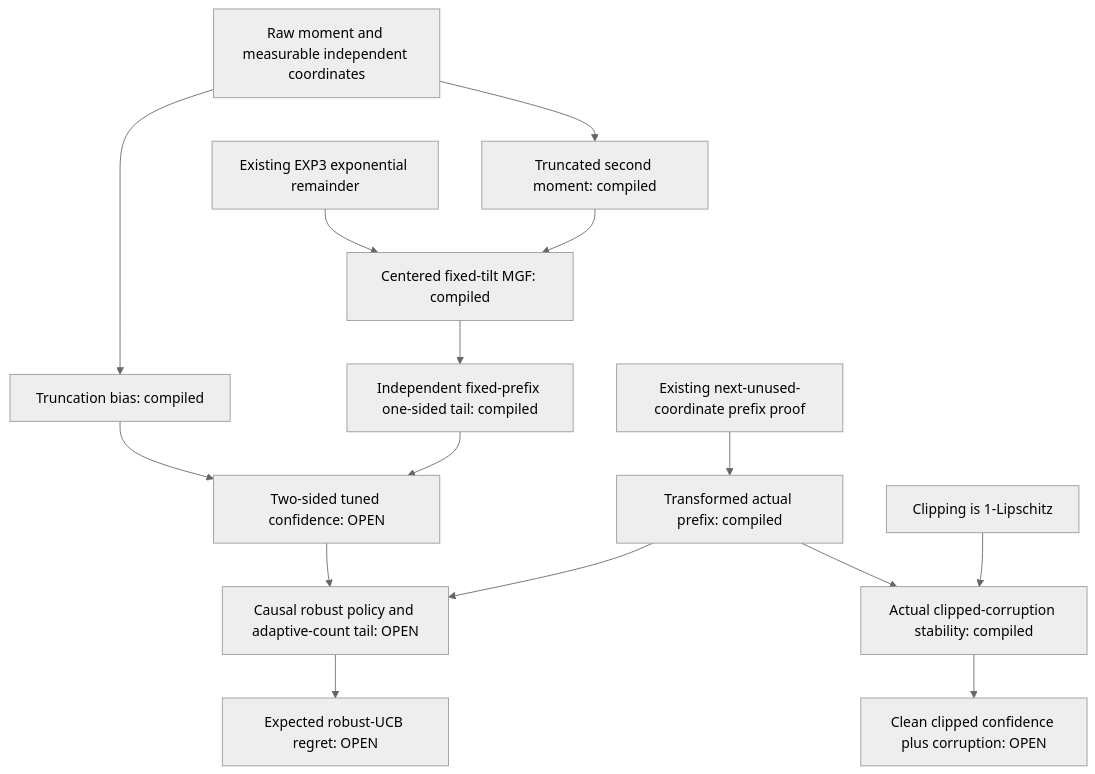
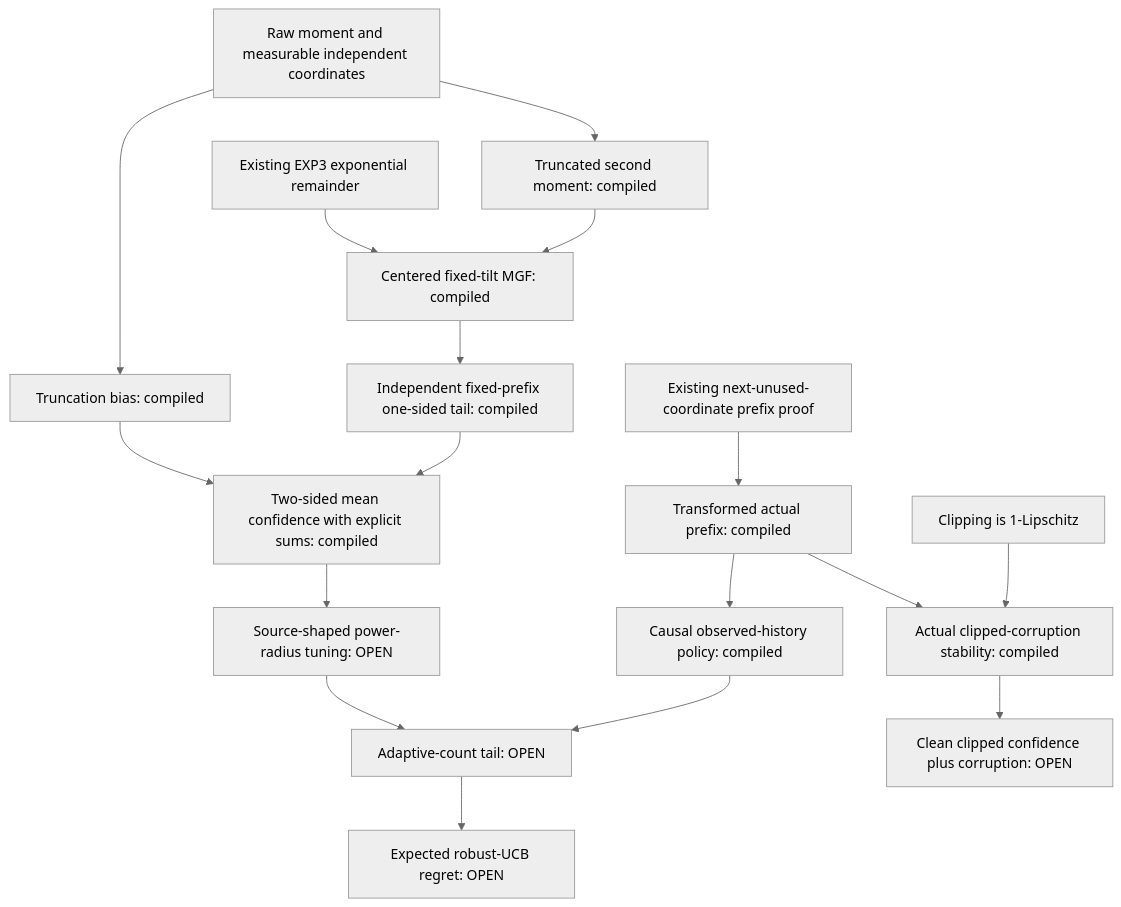
The diagram in docs/extended-topics/OBLIGATIONS.md (DakeBU/Auto-Bandit-RL-Proof-In-Sleep), drawn with Mermaid (neutral theme) before and after one commit. The commit also changed 9 other files, not shown here.

Commit message:
Prove heavy-tail mean confidence and causal history policy

````diff
--- a/docs/extended-topics/OBLIGATIONS.md
+++ b/docs/extended-topics/OBLIGATIONS.md
@@ -3,17 +3,19 @@
 ```mermaid
 flowchart TD
   M[Raw moment and measurable independent coordinates] --> B[Truncation bias: compiled]
   M --> V[Truncated second moment: compiled]
   V --> G[Centered fixed-tilt MGF: compiled]
   E[Existing EXP3 exponential remainder] --> G
   G --> T[Independent fixed-prefix one-sided tail: compiled]
-  B --> U[Two-sided tuned confidence: OPEN]
+  B --> U[Two-sided mean confidence with explicit sums: compiled]
   T --> U
   H[Existing next-unused-coordinate prefix proof] --> P[Transformed actual prefix: compiled]
-  P --> A[Causal robust policy and adaptive-count tail: OPEN]
-  U --> A
+  P --> H2[Causal observed-history policy: compiled]
+  H2 --> A[Adaptive-count tail: OPEN]
+  U --> S[Source-shaped power-radius tuning: OPEN]
+  S --> A
   A --> R[Expected robust-UCB regret: OPEN]
   P --> C[Actual clipped-corruption stability: compiled]
   L[Clipping is 1-Lipschitz] --> C
   C --> Q[Clean clipped confidence plus corruption: OPEN]
 ```
````
